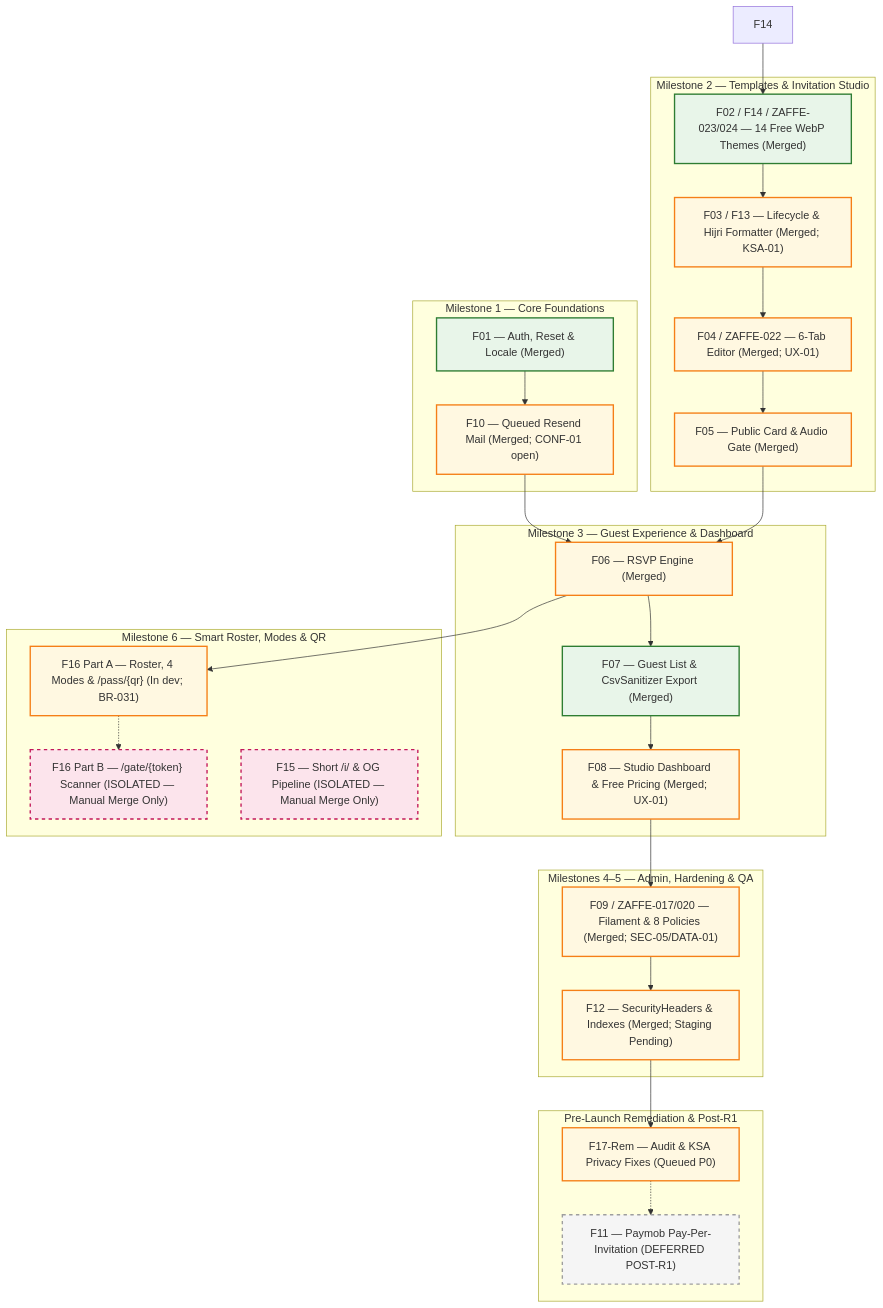
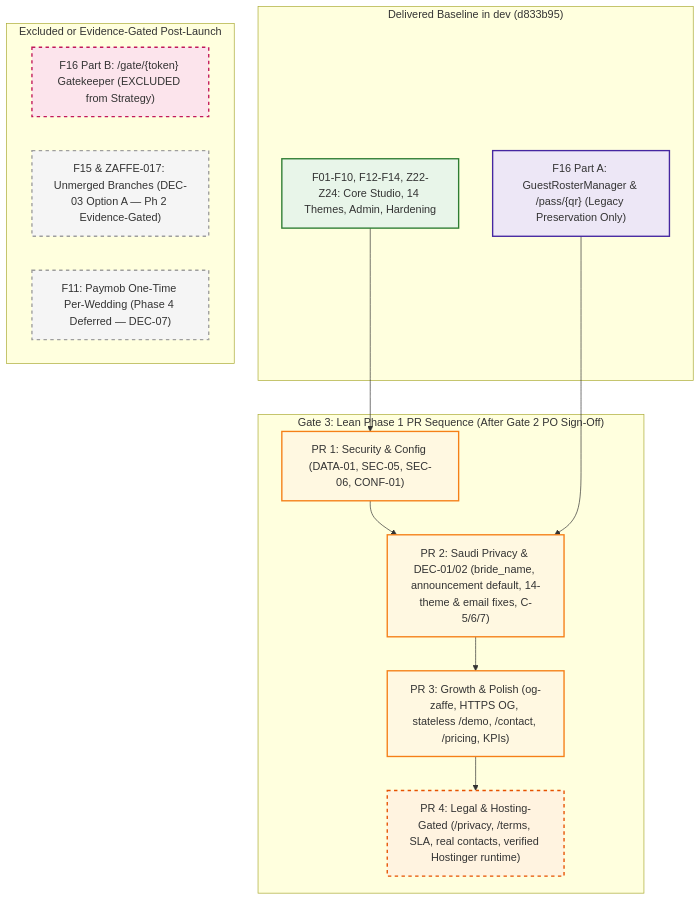
One commit to mohamedelbalooty/Zaffe changed the diagram in docs/engineering/MASTER_ROADMAP.md. Above: the diagram before and after it, drawn with Mermaid. The commit also changed other lines of this file and 7 other files, not shown here.

Commit message:
docs(governance): record official PO decisions DEC-01..DEC-07 and finalize Phase 1 business spec (ZAFFE-026)

````diff
--- a/docs/engineering/MASTER_ROADMAP.md
+++ b/docs/engineering/MASTER_ROADMAP.md
@@ -23,46 +22,30 @@
 ```mermaid
 flowchart TD
     classDef done fill:#e8f5e9,stroke:#2e7d32,stroke-width:2px;
-    classDef partial fill:#fff8e1,stroke:#f57f17,stroke-width:2px;
-    classDef isolated fill:#fce4ec,stroke:#c2185b,stroke-width:2px,stroke-dasharray: 5 5;
+    classDef legacy fill:#ede7f6,stroke:#4527a0,stroke-width:2px;
+    classDef queued fill:#fff8e1,stroke:#f57f17,stroke-width:2px;
+    classDef gated fill:#fff3e0,stroke:#e65100,stroke-width:2px,stroke-dasharray: 5 5;
+    classDef excluded fill:#fce4ec,stroke:#c2185b,stroke-width:2px,stroke-dasharray: 5 5;
     classDef deferred fill:#f5f5f5,stroke:#9e9e9e,stroke-width:2px,stroke-dasharray: 5 5;
 
-    subgraph M1["Milestone 1 — Core Foundations"]
-        F01["F01 — Auth, Reset & Locale (Merged)"]:::done
-        F10["F10 — Queued Resend Mail (Merged; CONF-01 open)"]:::partial
+    subgraph Baseline["Delivered Baseline in dev (d833b95)"]
+        F01["F01-F10, F12-F14, Z22-Z24: Core Studio, 14 Themes, Admin, Hardening"]:::done
+        F16A["F16 Part A: GuestRosterManager & /pass/{qr} (Legacy Preservation Only)"]:::legacy
     end
 
-    subgraph M2["Milestone 2 — Templates & Invitation Studio"]
-        F02["F02 / F14 / ZAFFE-023/024 — 14 Free WebP Themes (Merged)"]:::done
-        F03["F03 / F13 — Lifecycle & Hijri Formatter (Merged; KSA-01)"]:::partial
-        F04["F04 / ZAFFE-022 — 6-Tab Editor (Merged; UX-01)"]:::partial
-        F05["F05 — Public Card & Audio Gate (Merged)"]:::partial
+    subgraph Gate3["Gate 3: Lean Phase 1 PR Sequence (After Gate 2 PO Sign-Off)"]
+        PR1["PR 1: Security & Config (DATA-01, SEC-05, SEC-06, CONF-01)"]:::queued
+        PR2["PR 2: Saudi Privacy & DEC-01/02 (bride_name, announcement default, 14-theme & email fixes, C-5/6/7)"]:::queued
+        PR3["PR 3: Growth & Polish (og-zaffe, HTTPS OG, stateless /demo, /contact, /pricing, KPIs)"]:::queued
+        PR4["PR 4: Legal & Hosting-Gated (/privacy, /terms, SLA, real contacts, verified Hostinger runtime)"]:::gated
     end
 
-    subgraph M3["Milestone 3 — Guest Experience & Dashboard"]
-        F06["F06 — RSVP Engine (Merged)"]:::partial
-        F07["F07 — Guest List & CsvSanitizer Export (Merged)"]:::done
-        F08["F08 — Studio Dashboard & Free Pricing (Merged; UX-01)"]:::partial
+    subgraph OutsideP1["Excluded or Evidence-Gated Post-Launch"]
+        F16B["F16 Part B: /gate/{token} Gatekeeper (EXCLUDED from Strategy)"]:::excluded
+        F15["F15 & ZAFFE-017: Unmerged Branches (DEC-03 Option A — Ph 2 Evidence-Gated)"]:::deferred
+        F11["F11: Paymob One-Time Per-Wedding (Phase 4 Deferred — DEC-07)"]:::deferred
     end
 
-    subgraph M45["Milestones 4–5 — Admin, Hardening & QA"]
-        F09["F09 / ZAFFE-017/020 — Filament & 8 Policies (Merged; SEC-05/DATA-01)"]:::partial
-        F12["F12 — SecurityHeaders & Indexes (Merged; Staging Pending)"]:::partial
-    end
-
-    subgraph M6["Milestone 6 — Smart Roster, Modes & QR"]
-        F16A["F16 Part A — Roster, 4 Modes & /pass/{qr} (In dev; BR-031)"]:::partial
-        F16B["F16 Part B — /gate/{token} Scanner (ISOLATED — Manual Merge Only)"]:::isolated
-        F15["F15 — Short /i/ & OG Pipeline (ISOLATED — Manual Merge Only)"]:::isolated
-    end
-
-    subgraph PreLaunch["Pre-Launch Remediation & Post-R1"]
-        F17Rem["F17-Rem — Audit & KSA Privacy Fixes (Queued P0)"]:::partial
-        F11["F11 — Paymob Pay-Per-Invitation (DEFERRED POST-R1)"]:::deferred
-    end
-
-    F01 --> F10 --> F06
-    F14 --> F02 --> F03 --> F04 --> F05 --> F06 --> F07 --> F08 --> F09 --> F12
-    F06 --> F16A -.-> F16B
-    F12 --> F17Rem -.-> F11
+    F01 --> PR1 --> PR2 --> PR3 --> PR4
+    F16A --> PR2
 ```
````
